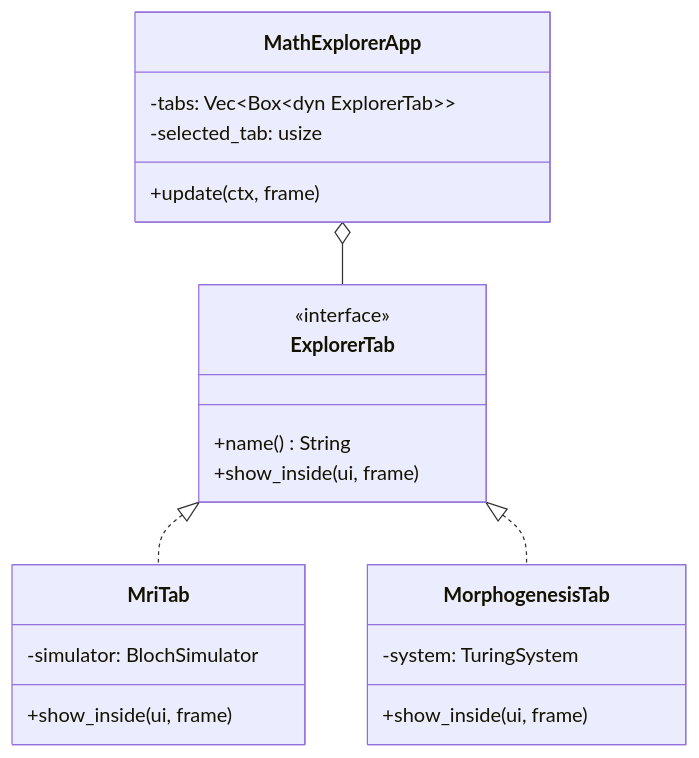
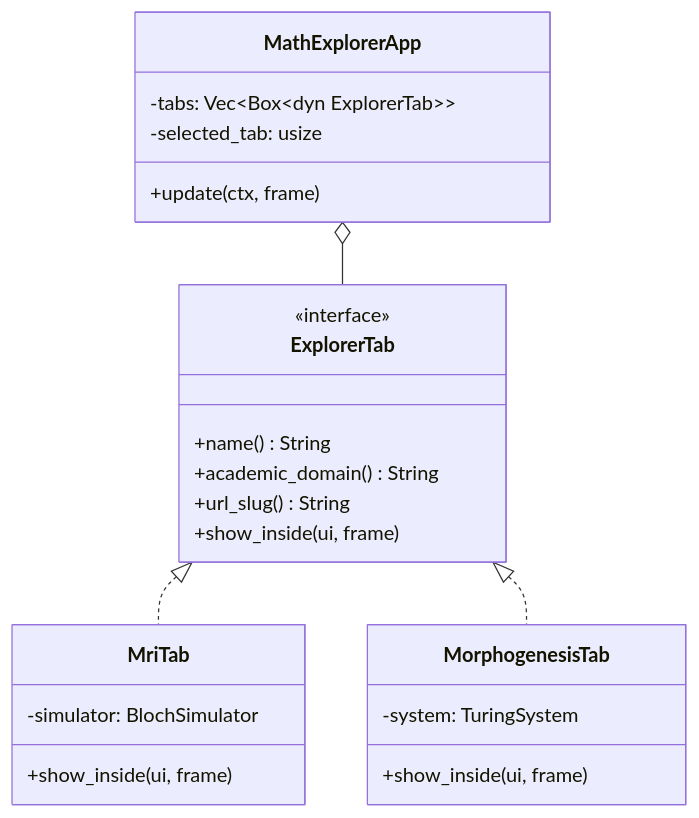
Before and after one commit to fderuiter/OxidizeMath: the diagram in math_explorer_gui/README.md, drawn with Mermaid. The commit also changed other lines of this file and 416 other files, not shown here.

````diff
--- a/math_explorer_gui/README.md
+++ b/math_explorer_gui/README.md
@@ -12,28 +12,30 @@
 ```mermaid
 classDiagram
     class MathExplorerApp {
         -tabs: Vec~Box~dyn ExplorerTab~~
         -selected_tab: usize
         +update(ctx, frame)
     }
 
     class ExplorerTab {
         <<interface>>
         +name() String
+        +academic_domain() String
+        +url_slug() String
         +show_inside(ui, frame)
     }
 
     class MriTab {
         -simulator: BlochSimulator
         +show_inside(ui, frame)
     }
 
     class MorphogenesisTab {
         -system: TuringSystem
         +show_inside(ui, frame)
     }
 
     MathExplorerApp o-- ExplorerTab
     ExplorerTab <|.. MriTab
     ExplorerTab <|.. MorphogenesisTab
 ```
````
